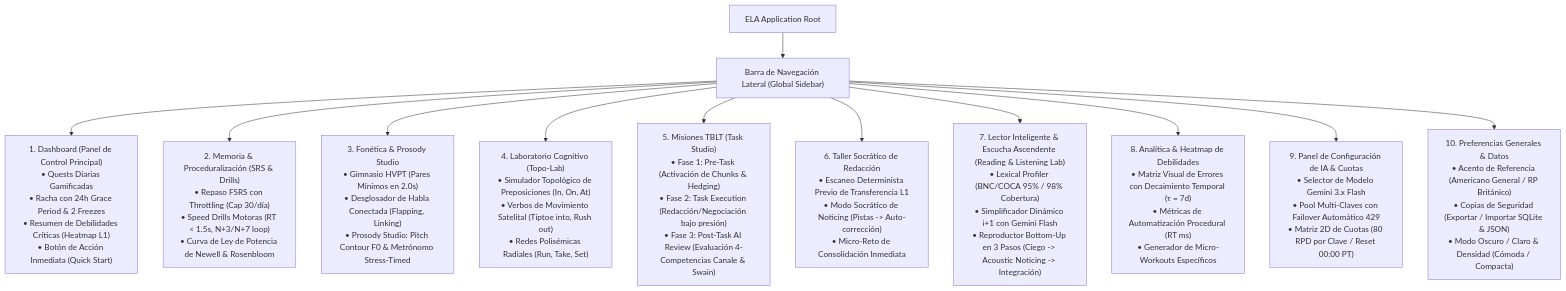
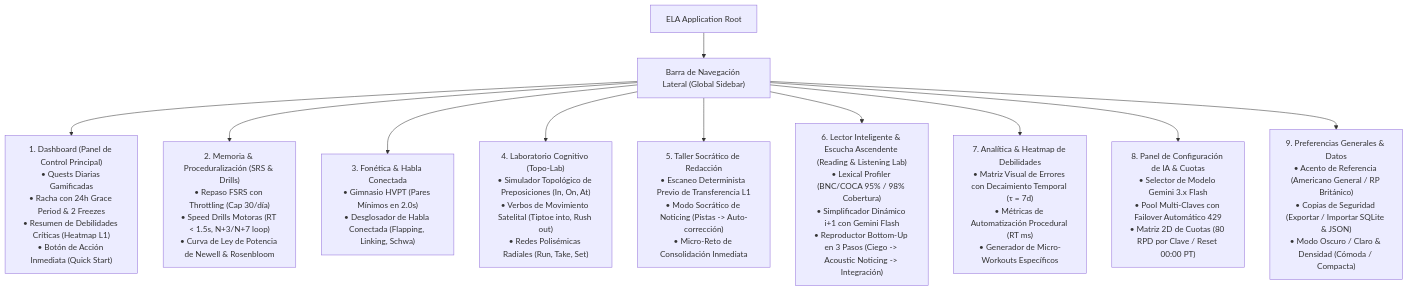
The diagram in docs/07_ui_ux_specifications/information_architecture.md (JosGRM21/english_learning_assistant), drawn with Mermaid before and after one commit. The commit also changed other lines of this file and 132 other files, not shown here.

````diff
--- a/docs/07_ui_ux_specifications/information_architecture.md
+++ b/docs/07_ui_ux_specifications/information_architecture.md
@@ -10,24 +10,22 @@
 ```mermaid
 graph TD
     App["ELA Application Root"] --> Sidebar["Barra de Navegación Lateral (Global Sidebar)"]
     
     Sidebar --> Nav1["1. Dashboard (Panel de Control Principal)<br/>• Quests Diarias Gamificadas<br/>• Racha con 24h Grace Period & 2 Freezes<br/>• Resumen de Debilidades Críticas (Heatmap L1)<br/>• Botón de Acción Inmediata (Quick Start)"]
     
     Sidebar --> Nav2["2. Memoria & Proceduralización (SRS & Drills)<br/>• Repaso FSRS con Throttling (Cap 30/día)<br/>• Speed Drills Motoras (RT < 1.5s, N+3/N+7 loop)<br/>• Curva de Ley de Potencia de Newell & Rosenbloom"]
     
-    Sidebar --> Nav3["3. Fonética & Prosody Studio<br/>• Gimnasio HVPT (Pares Mínimos en 2.0s)<br/>• Desglosador de Habla Conectada (Flapping, Linking)<br/>• Prosody Studio: Pitch Contour F0 & Metrónomo Stress-Timed"]
+    Sidebar --> Nav3["3. Fonética & Habla Conectada<br/>• Gimnasio HVPT (Pares Mínimos en 2.0s)<br/>• Desglosador de Habla Conectada (Flapping, Linking, Schwa)"]
     
     Sidebar --> Nav4["4. Laboratorio Cognitivo (Topo-Lab)<br/>• Simulador Topológico de Preposiciones (In, On, At)<br/>• Verbos de Movimiento Satelital (Tiptoe into, Rush out)<br/>• Redes Polisémicas Radiales (Run, Take, Set)"]
     
-    Sidebar --> Nav5["5. Misiones TBLT (Task Studio)<br/>• Fase 1: Pre-Task (Activación de Chunks & Hedging)<br/>• Fase 2: Task Execution (Redacción/Negociación bajo presión)<br/>• Fase 3: Post-Task AI Review (Evaluación 4-Competencias Canale & Swain)"]
+    Sidebar --> Nav5["5. Taller Socrático de Redacción<br/>• Escaneo Determinista Previo de Transferencia L1<br/>• Modo Socrático de Noticing (Pistas -> Auto-corrección)<br/>• Micro-Reto de Consolidación Inmediata"]
     
-    Sidebar --> Nav6["6. Taller Socrático de Redacción<br/>• Escaneo Determinista Previo de Transferencia L1<br/>• Modo Socrático de Noticing (Pistas -> Auto-corrección)<br/>• Micro-Reto de Consolidación Inmediata"]
+    Sidebar --> Nav6["6. Lector Inteligente & Escucha Ascendente (Reading & Listening Lab)<br/>• Lexical Profiler (BNC/COCA 95% / 98% Cobertura)<br/>• Simplificador Dinámico i+1 con Gemini Flash<br/>• Reproductor Bottom-Up en 3 Pasos (Ciego -> Acoustic Noticing -> Integración)"]
     
-    Sidebar --> Nav7["7. Lector Inteligente & Escucha Ascendente (Reading & Listening Lab)<br/>• Lexical Profiler (BNC/COCA 95% / 98% Cobertura)<br/>• Simplificador Dinámico i+1 con Gemini Flash<br/>• Reproductor Bottom-Up en 3 Pasos (Ciego -> Acoustic Noticing -> Integración)"]
+    Sidebar --> Nav7["7. Analítica & Heatmap de Debilidades<br/>• Matriz Visual de Errores con Decaimiento Temporal (τ = 7d)<br/>• Métricas de Automatización Procedural (RT ms)<br/>• Generador de Micro-Workouts Específicos"]
     
-    Sidebar --> Nav8["8. Analítica & Heatmap de Debilidades<br/>• Matriz Visual de Errores con Decaimiento Temporal (τ = 7d)<br/>• Métricas de Automatización Procedural (RT ms)<br/>• Generador de Micro-Workouts Específicos"]
+    Sidebar --> Nav8["8. Panel de Configuración de IA & Cuotas<br/>• Selector de Modelo Gemini 3.x Flash<br/>• Pool Multi-Claves con Failover Automático 429<br/>• Matriz 2D de Cuotas (80 RPD por Clave / Reset 00:00 PT)"]
     
-    Sidebar --> Nav9["9. Panel de Configuración de IA & Cuotas<br/>• Selector de Modelo Gemini 3.x Flash<br/>• Pool Multi-Claves con Failover Automático 429<br/>• Matriz 2D de Cuotas (80 RPD por Clave / Reset 00:00 PT)"]
-    
-    Sidebar --> Nav10["10. Preferencias Generales & Datos<br/>• Acento de Referencia (Americano General / RP Británico)<br/>• Copias de Seguridad (Exportar / Importar SQLite & JSON)<br/>• Modo Oscuro / Claro & Densidad (Cómoda / Compacta)"]
+    Sidebar --> Nav9["9. Preferencias Generales & Datos<br/>• Acento de Referencia (Americano General / RP Británico)<br/>• Copias de Seguridad (Exportar / Importar SQLite & JSON)<br/>• Modo Oscuro / Claro & Densidad (Cómoda / Compacta)"]
 ```
````
